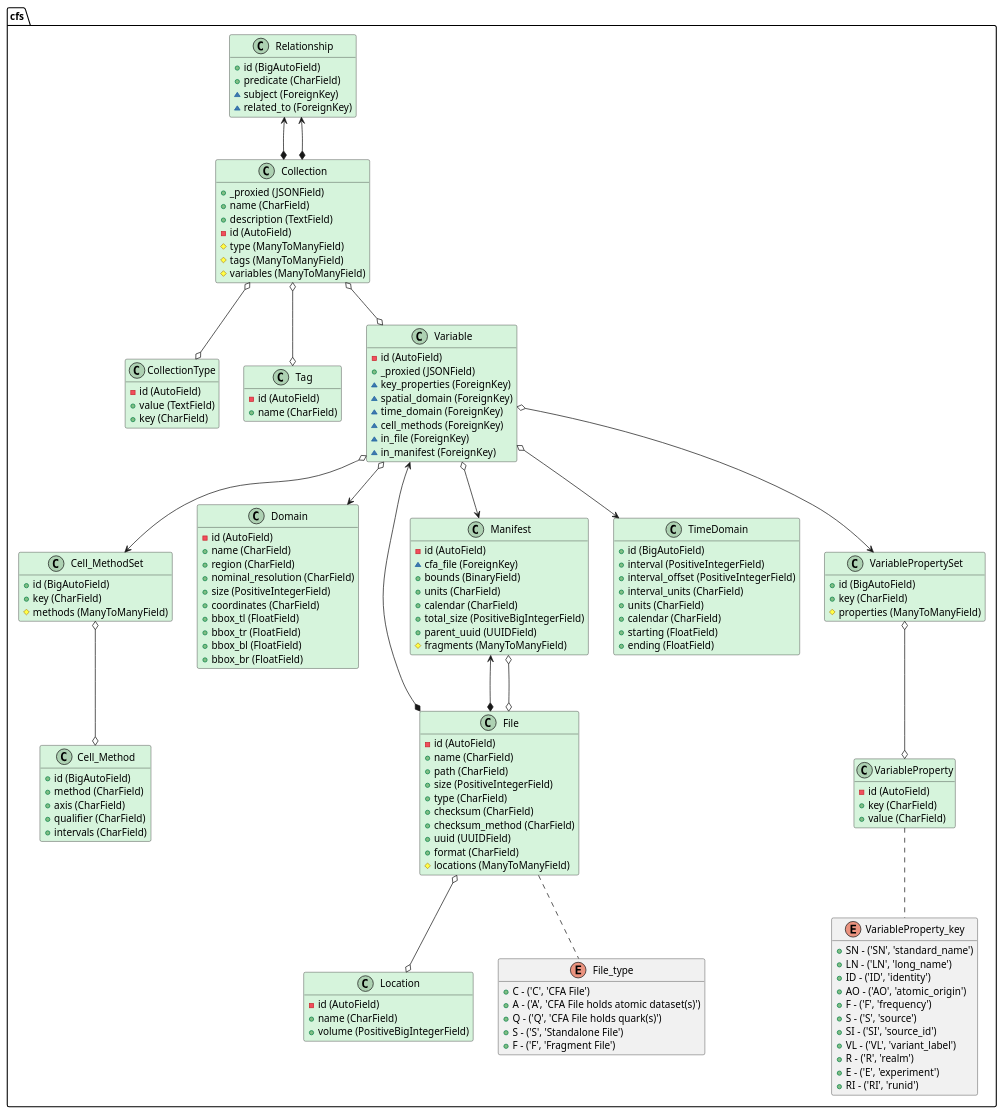
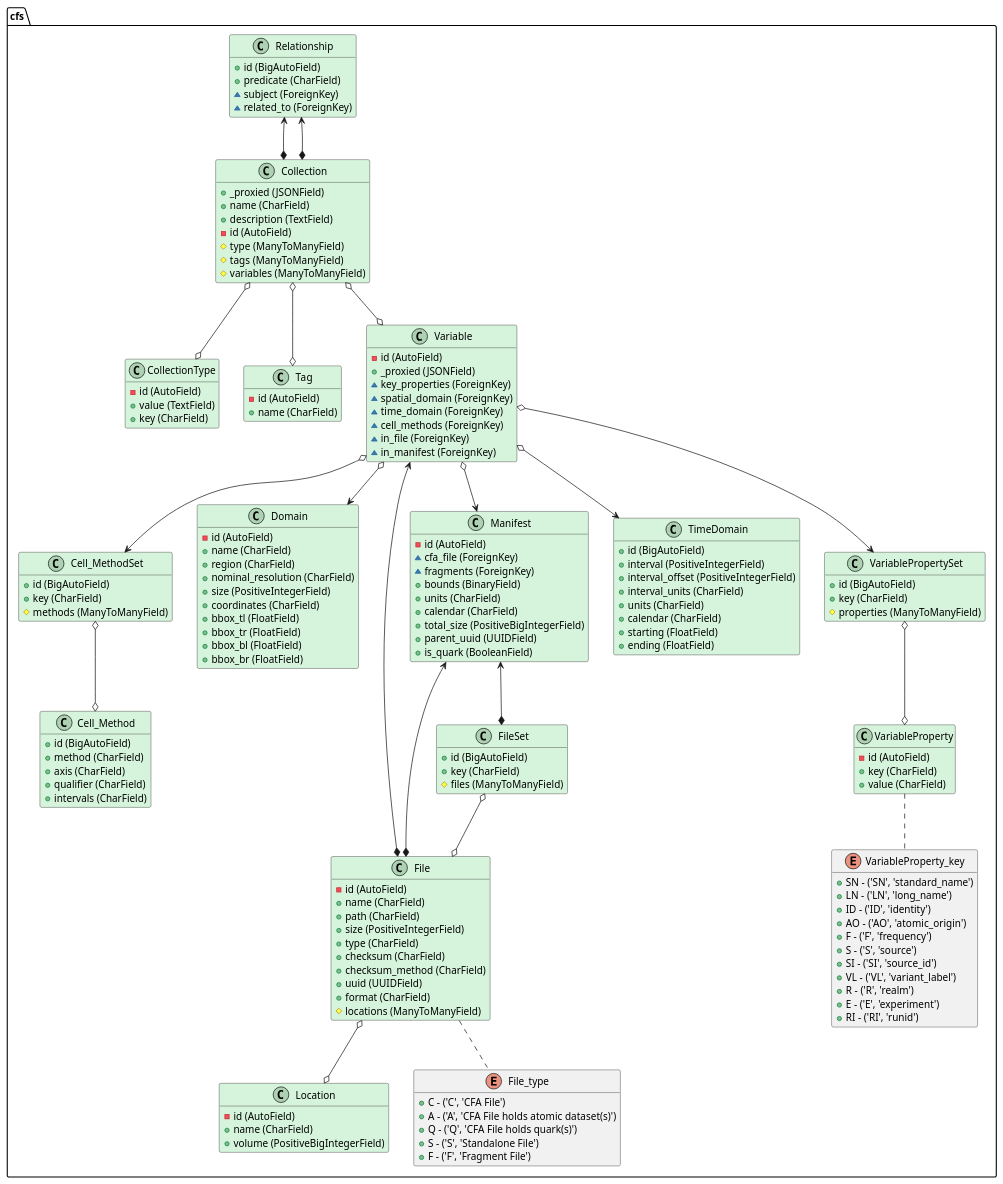
Before and after one commit to bnlawrence/cfs: the diagram in docs/diagrams/src/db_uml.pu, drawn with PlantUML. The commit also changed 8 other files, not shown here.

```diff
--- a/docs/diagrams/src/db_uml.pu
+++ b/docs/diagrams/src/db_uml.pu
@@ -1,176 +1,185 @@
 @startuml 
 hide attributes
 class cfs.Cell_Method #d6f4dc {
     + id (BigAutoField)
     + method (CharField)
     + axis (CharField)
     + qualifier (CharField)
     + intervals (CharField)
 }
 
 
 class cfs.Cell_MethodSet #d6f4dc {
     + id (BigAutoField)
     + key (CharField)
     # methods (ManyToManyField)
 }
 cfs.Cell_MethodSet o--o cfs.Cell_Method
 
 
 class cfs.CollectionType #d6f4dc {
     - id (AutoField)
     + value (TextField)
     + key (CharField)
 }
 
 
 class cfs.Collection #d6f4dc {
     + _proxied (JSONField)
     + name (CharField)
     + description (TextField)
     - id (AutoField)
     # type (ManyToManyField)
     # tags (ManyToManyField)
     # variables (ManyToManyField)
 }
 cfs.Collection o--o cfs.CollectionType
 cfs.Collection o--o cfs.Tag
 cfs.Collection o--o cfs.Variable
 
 
 class cfs.Domain #d6f4dc {
     - id (AutoField)
     + name (CharField)
     + region (CharField)
     + nominal_resolution (CharField)
     + size (PositiveIntegerField)
     + coordinates (CharField)
     + bbox_tl (FloatField)
     + bbox_tr (FloatField)
     + bbox_bl (FloatField)
     + bbox_br (FloatField)
 }
 
 
 class cfs.File #d6f4dc {
     - id (AutoField)
     + name (CharField)
     + path (CharField)
     + size (PositiveIntegerField)
     + type (CharField)
     + checksum (CharField)
     + checksum_method (CharField)
     + uuid (UUIDField)
     + format (CharField)
     # locations (ManyToManyField)
 }
 cfs.File o--o cfs.Location
 cfs.File .- cfs.File_type
 
 
+class cfs.FileSet #d6f4dc {
+    + id (BigAutoField)
+    + key (CharField)
+    # files (ManyToManyField)
+}
+cfs.FileSet o--o cfs.File
+
+
 class cfs.Location #d6f4dc {
     - id (AutoField)
     + name (CharField)
     + volume (PositiveBigIntegerField)
 }
 
 
 class cfs.Manifest #d6f4dc {
     - id (AutoField)
     ~ cfa_file (ForeignKey)
+    ~ fragments (ForeignKey)
     + bounds (BinaryField)
     + units (CharField)
     + calendar (CharField)
     + total_size (PositiveBigIntegerField)
     + parent_uuid (UUIDField)
-    # fragments (ManyToManyField)
+    + is_quark (BooleanField)
 }
 cfs.Manifest <--* cfs.File
-cfs.Manifest o--o cfs.File
+cfs.Manifest <--* cfs.FileSet
 
 
 class cfs.Relationship #d6f4dc {
     + id (BigAutoField)
     + predicate (CharField)
     ~ subject (ForeignKey)
     ~ related_to (ForeignKey)
 }
 cfs.Relationship <--* cfs.Collection
 cfs.Relationship <--* cfs.Collection
 
 
 class cfs.Tag #d6f4dc {
     - id (AutoField)
     + name (CharField)
 }
 
 
 class cfs.TimeDomain #d6f4dc {
     + id (BigAutoField)
     + interval (PositiveIntegerField)
     + interval_offset (PositiveIntegerField)
     + interval_units (CharField)
     + units (CharField)
     + calendar (CharField)
     + starting (FloatField)
     + ending (FloatField)
 }
 
 
 class cfs.VariableProperty #d6f4dc {
     - id (AutoField)
     + key (CharField)
     + value (CharField)
 }
 cfs.VariableProperty .- cfs.VariableProperty_key
 
 
 class cfs.VariablePropertySet #d6f4dc {
     + id (BigAutoField)
     + key (CharField)
     # properties (ManyToManyField)
 }
 cfs.VariablePropertySet o--o cfs.VariableProperty
 
 
 class cfs.Variable #d6f4dc {
     - id (AutoField)
     + _proxied (JSONField)
     ~ key_properties (ForeignKey)
     ~ spatial_domain (ForeignKey)
     ~ time_domain (ForeignKey)
     ~ cell_methods (ForeignKey)
     ~ in_file (ForeignKey)
     ~ in_manifest (ForeignKey)
 }
 cfs.Variable o--> cfs.VariablePropertySet
 cfs.Variable o--> cfs.Domain
 cfs.Variable o--> cfs.TimeDomain
 cfs.Variable o--> cfs.Cell_MethodSet
 cfs.Variable <--* cfs.File
 cfs.Variable o--> cfs.Manifest
 
 
 enum cfs.File_type{
     + C - ('C', 'CFA File')
     + A - ('A', 'CFA File holds atomic dataset(s)')
     + Q - ('Q', 'CFA File holds quark(s)')
     + S - ('S', 'Standalone File')
     + F - ('F', 'Fragment File')
 }
 
 enum cfs.VariableProperty_key{
     + SN - ('SN', 'standard_name')
     + LN - ('LN', 'long_name')
     + ID - ('ID', 'identity')
     + AO - ('AO', 'atomic_origin')
     + F - ('F', 'frequency')
     + S - ('S', 'source')
     + SI - ('SI', 'source_id')
     + VL - ('VL', 'variant_label')
     + R - ('R', 'realm')
     + E - ('E', 'experiment')
     + RI - ('RI', 'runid')
 }
 
 @enduml
```
